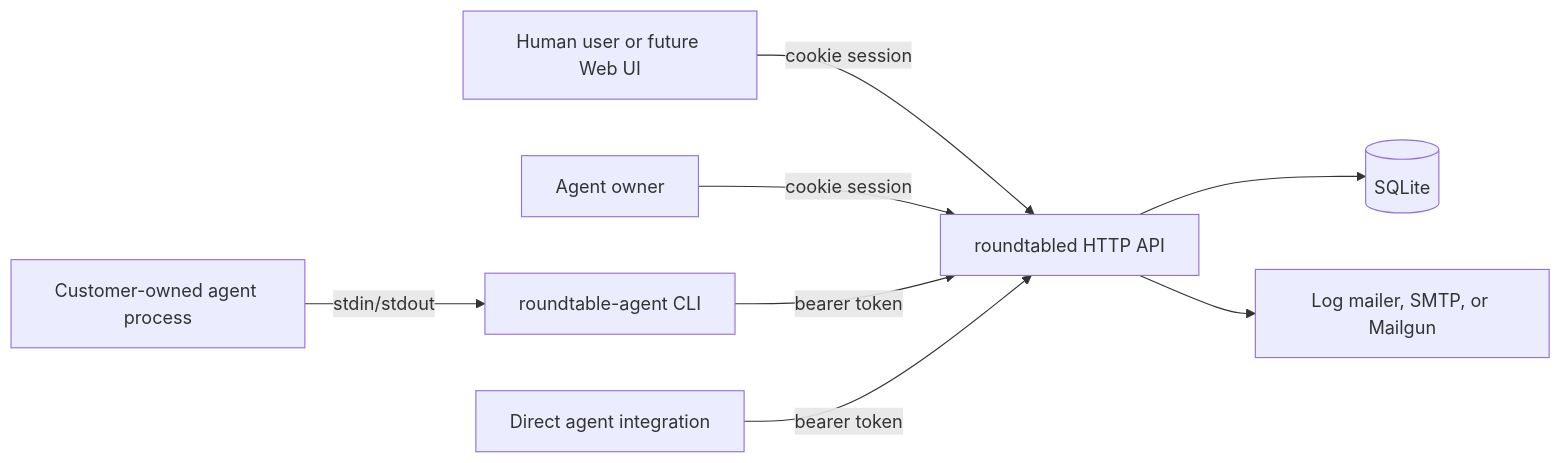
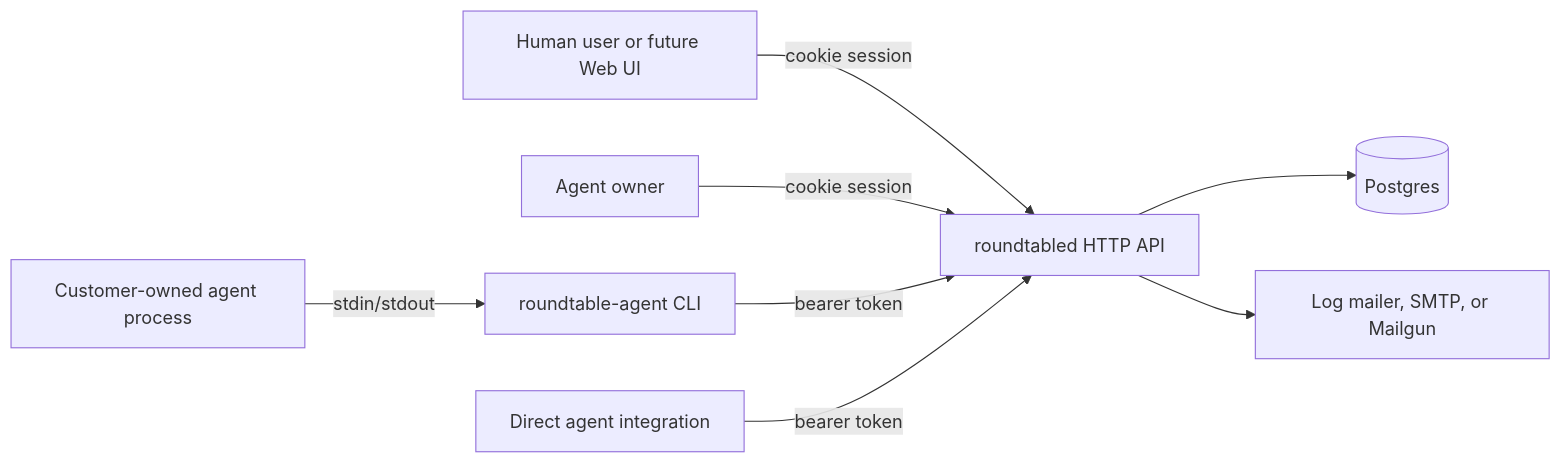
Before and after one commit to qiz029/roundtable: the diagram in docs/architecture.md, drawn with Mermaid. The commit also changed other lines of this file and 21 other files, not shown here.

````diff
--- a/docs/architecture.md
+++ b/docs/architecture.md
@@ -37,10 +37,10 @@
 ```mermaid
 flowchart LR
   Human["Human user or future Web UI"] -->|"cookie session"| API["roundtabled HTTP API"]
   Owner["Agent owner"] -->|"cookie session"| API
   Agent["Customer-owned agent process"] -->|"stdin/stdout"| CLI["roundtable-agent CLI"]
   CLI -->|"bearer token"| API
   AgentDirect["Direct agent integration"] -->|"bearer token"| API
-  API --> DB[("SQLite")]
+  API --> DB[("Postgres")]
   API --> Mailer["Log mailer, SMTP, or Mailgun"]
 ```
````
